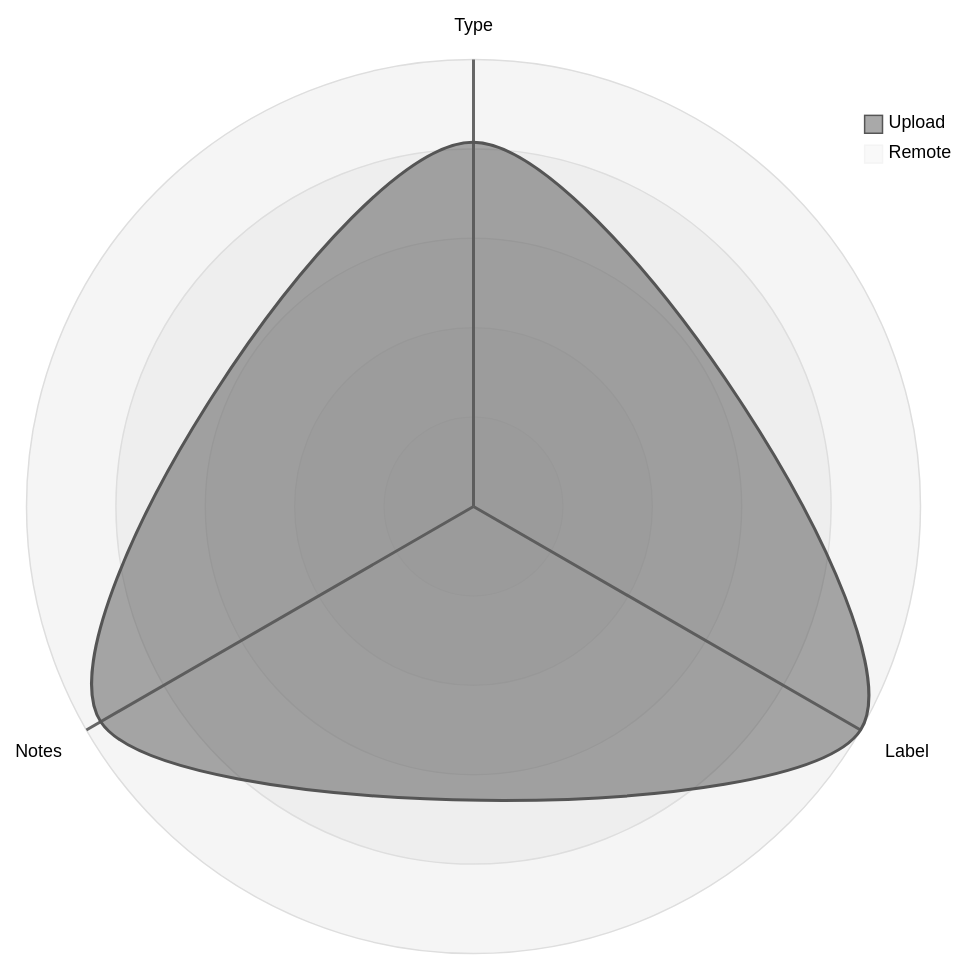
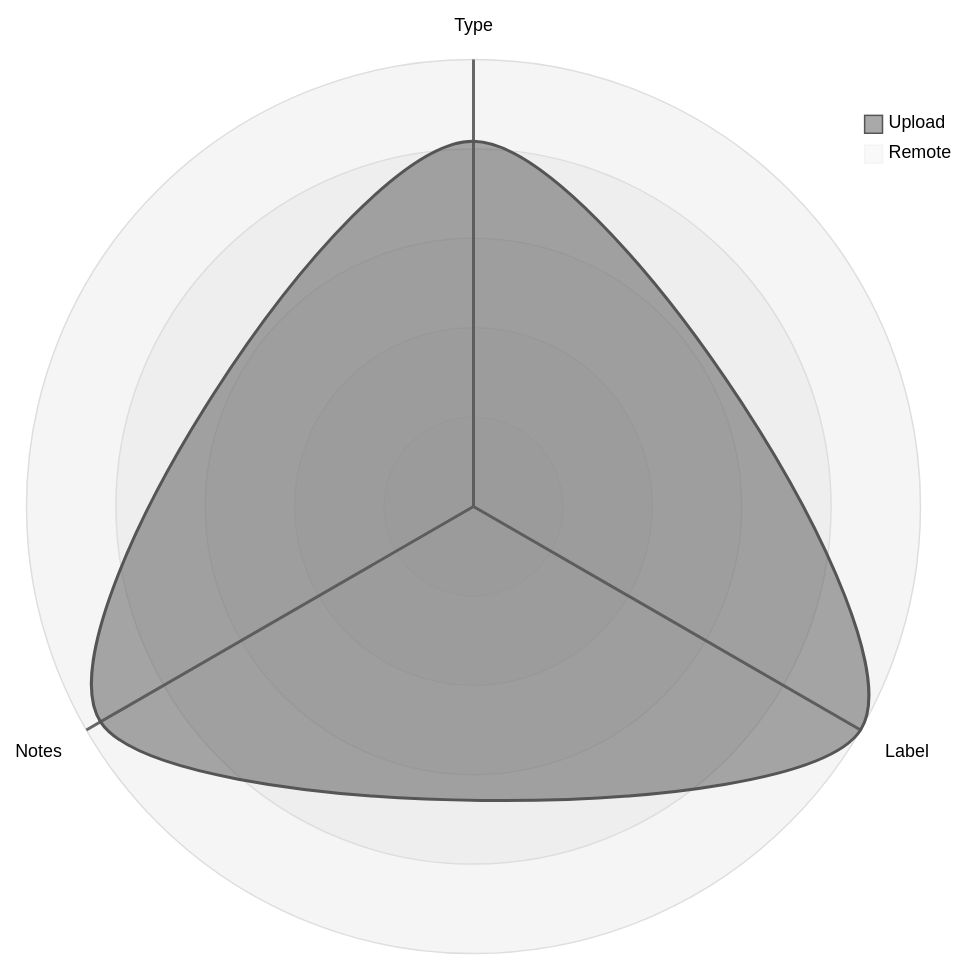
Before and after one commit to open-data/analytics-corporate-reporting: the third of 5 diagrams in datastore_tracker/README.md, drawn with Mermaid (neutral theme). The commit also changed other lines of this file and 9 other files, not shown here.

````diff
--- a/datastore_tracker/README.md
+++ b/datastore_tracker/README.md
@@ -104,12 +104,12 @@
 ```mermaid
 radar-beta
   axis T["Type"], L["Label"], N["Notes"]
-  curve u["Upload"]{0.00066, 0.00081, 0.00078}
+  curve u["Upload"]{0.00067, 0.00082, 0.00079}
   curve r["Remote"]{0, 0, 0}
 
   showLegend true
 
   min 0
   graticule circle
   ticks 5
 ```
````
